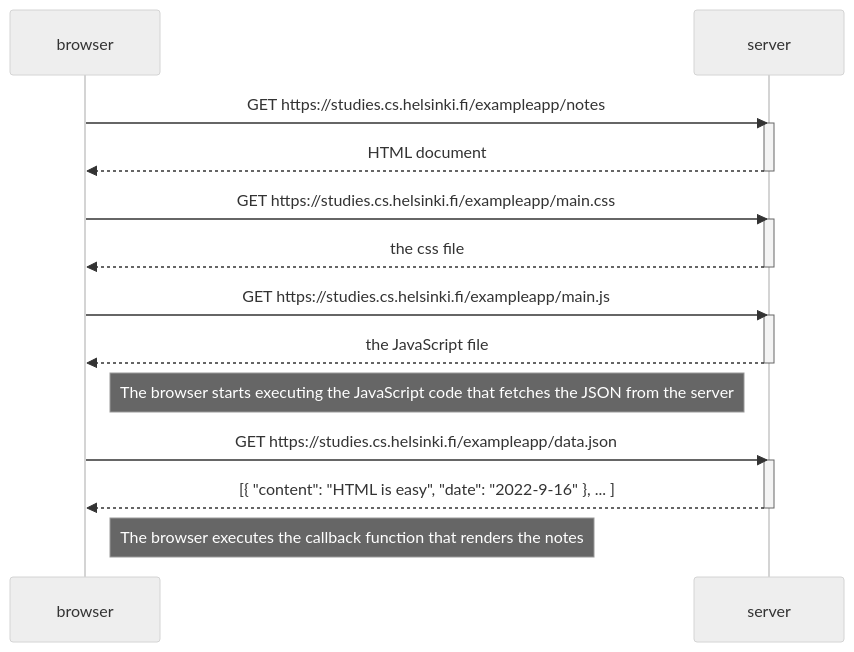
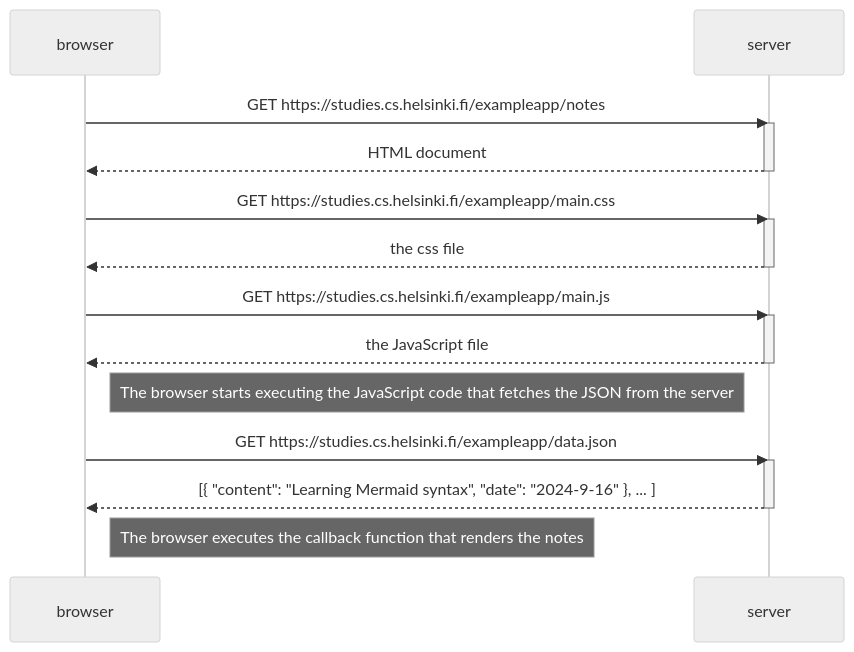
One commit to robertomergon/Full-Stack-Open-2024 changed the diagram in part-0/sequenceDiagram.md. Above: the diagram before and after it, drawn with Mermaid (neutral theme).

Commit message:
[FIX] Update message

````diff
--- a/part-0/sequenceDiagram.md
+++ b/part-0/sequenceDiagram.md
@@ -1,29 +1,29 @@
 ```mermaid
-sequenceDiagram
+sequenceDiagram;
     participant browser
     participant server
 
     browser->>server: GET https://studies.cs.helsinki.fi/exampleapp/notes
     activate server
     server-->>browser: HTML document
     deactivate server
 
     browser->>server: GET https://studies.cs.helsinki.fi/exampleapp/main.css
     activate server
     server-->>browser: the css file
     deactivate server
 
     browser->>server: GET https://studies.cs.helsinki.fi/exampleapp/main.js
     activate server
     server-->>browser: the JavaScript file
     deactivate server
 
     Note right of browser: The browser starts executing the JavaScript code that fetches the JSON from the server
 
     browser->>server: GET https://studies.cs.helsinki.fi/exampleapp/data.json
     activate server
-    server-->>browser: [{ "content": "HTML is easy", "date": "2022-9-16" }, ... ]
+    server-->>browser: [{ "content": "Learning Mermaid syntax", "date": "2024-9-16" }, ... ]
     deactivate server
 
     Note right of browser: The browser executes the callback function that renders the notes
 ```
````
